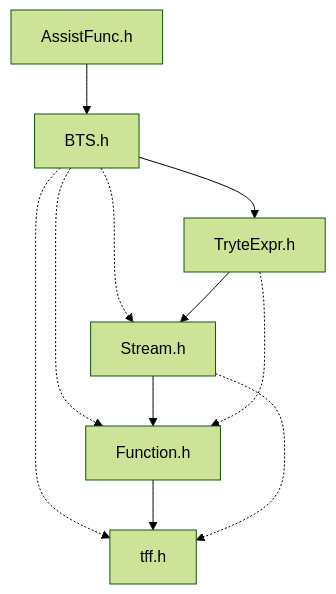
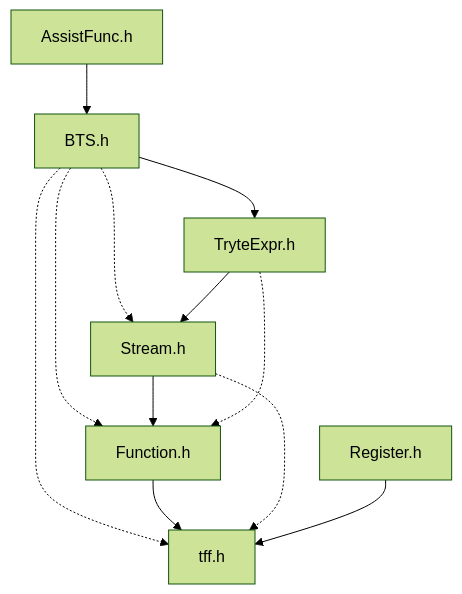
One commit to asdawej/tff-Lang changed the diagram in IncludeGraph.md. Above: the diagram before and after it, drawn with Mermaid (forest theme). The commit also changed 7 other files, not shown here.

````diff
--- a/IncludeGraph.md
+++ b/IncludeGraph.md
@@ -1,13 +1,14 @@
 ```mermaid
 graph TB
     AssistFunc.h --> BTS.h
     BTS.h .-> Function.h
     BTS.h .-> Stream.h
     BTS.h .-> tff.h
     BTS.h --> TryteExpr.h
     Function.h --> tff.h
     Stream.h --> Function.h
     Stream.h .-> tff.h
     TryteExpr.h .-> Function.h
     TryteExpr.h --> Stream.h
+    Register.h --> tff.h
 ```
````
